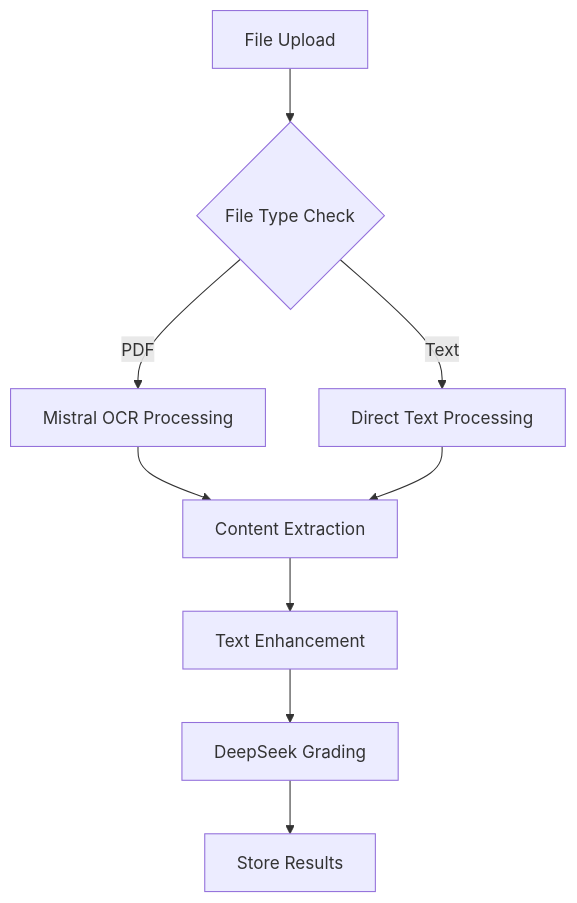
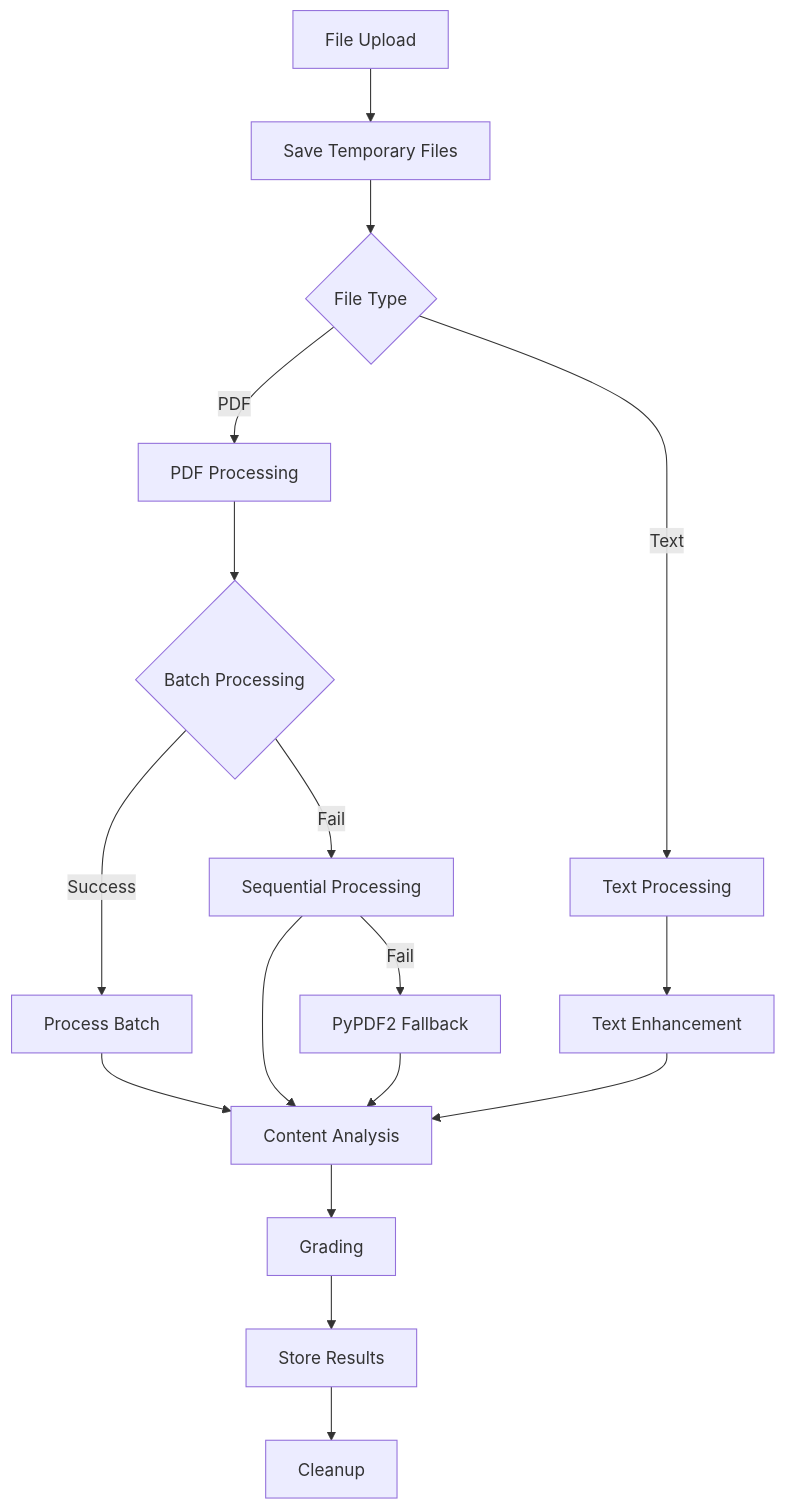
Before and after one commit to jiahaoli0465/ProfCelerate-Backend: the diagram in README.md, drawn with Mermaid. The commit also changed other lines of this file and 3 other files, not shown here.

Commit message:
added batch jobs for mistral

````diff
--- a/README.md
+++ b/README.md
@@ -159,11 +104,22 @@
 ```mermaid
 graph TD
-    A[File Upload] --> B{File Type Check}
-    B -->|PDF| C[Mistral OCR Processing]
-    B -->|Text| D[Direct Text Processing]
-    C --> E[Content Extraction]
-    D --> E
-    E --> F[Text Enhancement]
-    F --> G[DeepSeek Grading]
-    G --> H[Store Results]
+    A[File Upload] --> B[Save Temporary Files]
+    B --> C{File Type}
+    C -->|PDF| D[PDF Processing]
+    C -->|Text| E[Text Processing]
+
+    D --> F{Batch Processing}
+    F -->|Success| G[Process Batch]
+    F -->|Fail| H[Sequential Processing]
+    H -->|Fail| I[PyPDF2 Fallback]
+
+    E --> J[Text Enhancement]
+    G --> K[Content Analysis]
+    H --> K
+    I --> K
+    J --> K
+
+    K --> L[Grading]
+    L --> M[Store Results]
+    M --> N[Cleanup]
 ```
````
